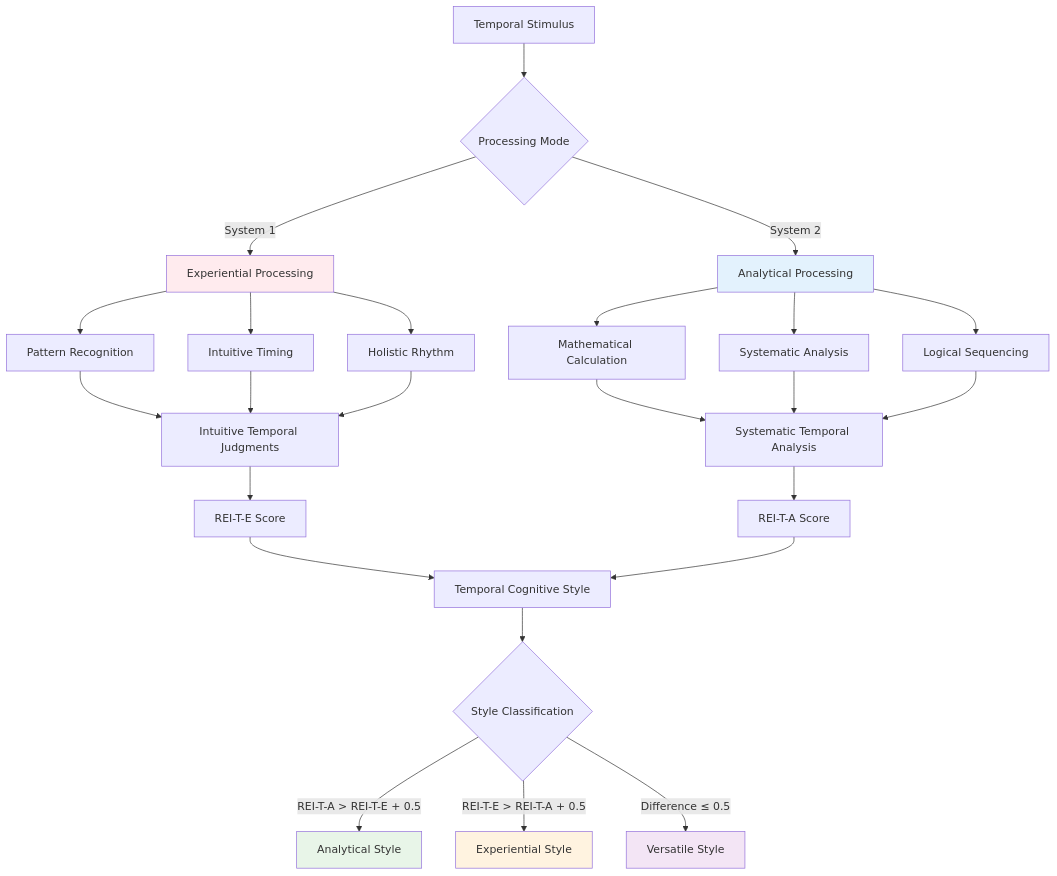
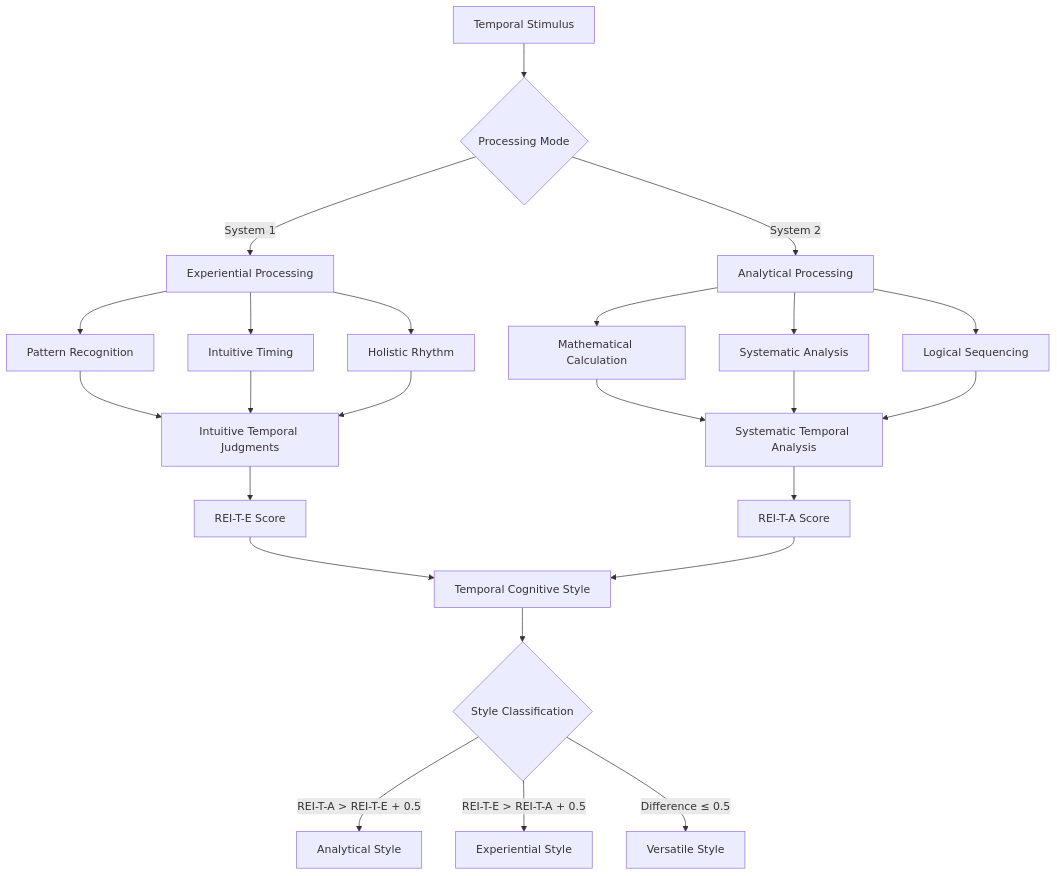
The second of 6 diagrams in README.md (Harrypatria/TACAI-Temporal-Cognitive-Adaptation-for-Human-AI), drawn with Mermaid before and after one commit. The commit also changed other lines of this file, not shown here.

````diff
--- a/README.md
+++ b/README.md
@@ -92,39 +88,33 @@
 ```mermaid
 graph TD
     A[Temporal Stimulus] --> B{Processing Mode}
     B -->|System 1| C[Experiential Processing]
     B -->|System 2| D[Analytical Processing]
     
     C --> C1[Pattern Recognition]
     C --> C2[Intuitive Timing]
     C --> C3[Holistic Rhythm]
     
     D --> D1[Mathematical Calculation]
     D --> D2[Systematic Analysis]
     D --> D3[Logical Sequencing]
     
     C1 --> E[Intuitive Temporal Judgments]
     C2 --> E
     C3 --> E
     
     D1 --> F[Systematic Temporal Analysis]
     D2 --> F
     D3 --> F
     
     E --> G[REI-T-E Score]
     F --> H[REI-T-A Score]
     
     G --> I[Temporal Cognitive Style]
     H --> I
     
     I --> J{Style Classification}
     J -->|REI-T-A > REI-T-E + 0.5| K[Analytical Style]
     J -->|REI-T-E > REI-T-A + 0.5| L[Experiential Style]
     J -->|Difference ≤ 0.5| M[Versatile Style]
-    
-    style C fill:#ffebee
-    style D fill:#e3f2fd
-    style K fill:#e8f5e8
-    style L fill:#fff3e0
-    style M fill:#f3e5f5
 ```
````
